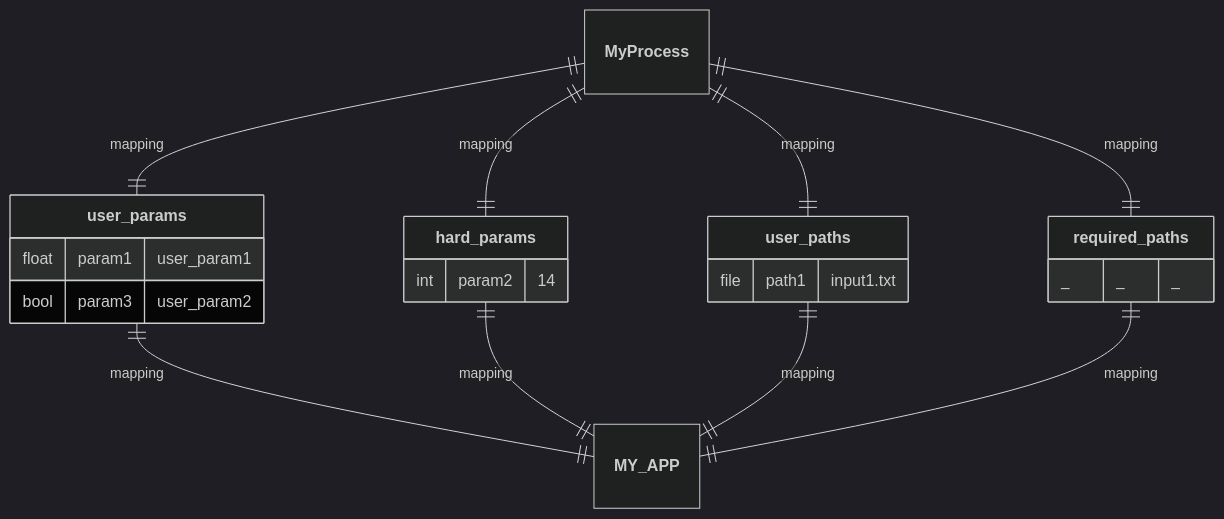
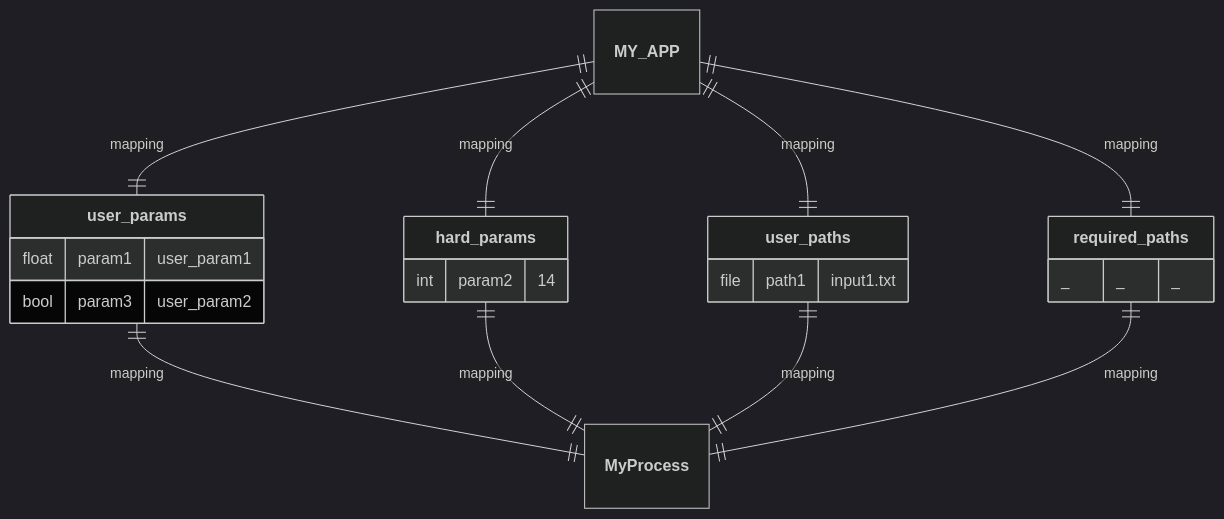
Before and after one commit to nuremics/nuremics: the ninth of 13 diagrams in README.md, drawn with Mermaid (dark theme). The commit also changed other lines of this file, not shown here.

````diff
--- a/README.md
+++ b/README.md
@@ -254,25 +254,25 @@
 ```mermaid
 erDiagram
-  **MyProcess** ||--|| **user_params** : mapping
-  **MyProcess** ||--|| **hard_params** : mapping
-  **MyProcess** ||--|| **user_paths** : mapping
-  **MyProcess** ||--|| **required_paths** : mapping
-  **user_params** ||--|| **MY_APP** : mapping
-  **hard_params** ||--|| **MY_APP** : mapping
-  **user_paths** ||--|| **MY_APP** : mapping
-  **required_paths** ||--|| **MY_APP** : mapping
+  **MY_APP** ||--|| **user_params** : mapping
+  **MY_APP** ||--|| **hard_params** : mapping
+  **MY_APP** ||--|| **user_paths** : mapping
+  **MY_APP** ||--|| **required_paths** : mapping
+  **user_params** ||--|| **MyProcess** : mapping
+  **hard_params** ||--|| **MyProcess** : mapping
+  **user_paths** ||--|| **MyProcess** : mapping
+  **required_paths** ||--|| **MyProcess** : mapping
 
   **user_params** {
     float param1 "user_param1"
     bool param3 "user_param2"
   }
   **hard_params** {
     int param2 "14"
   }
   **user_paths** {
     file path1 "input1.txt"
   }
   **required_paths** {
     _ _ "_"
   }
 ```
````
